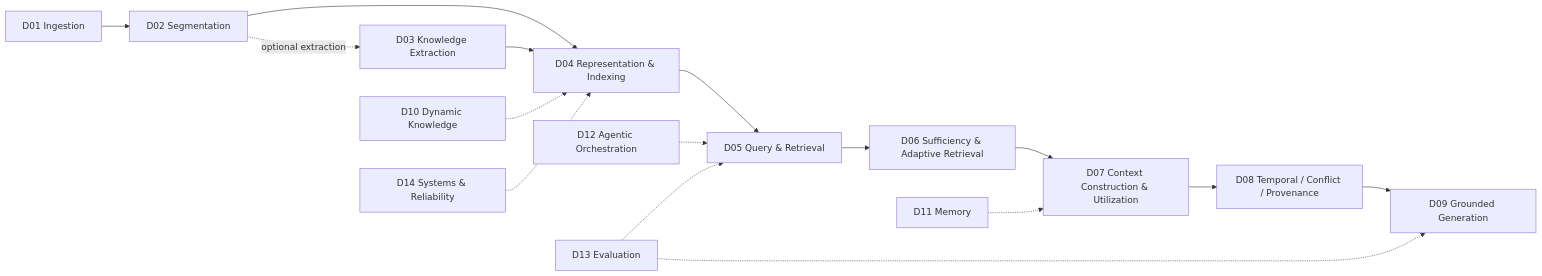
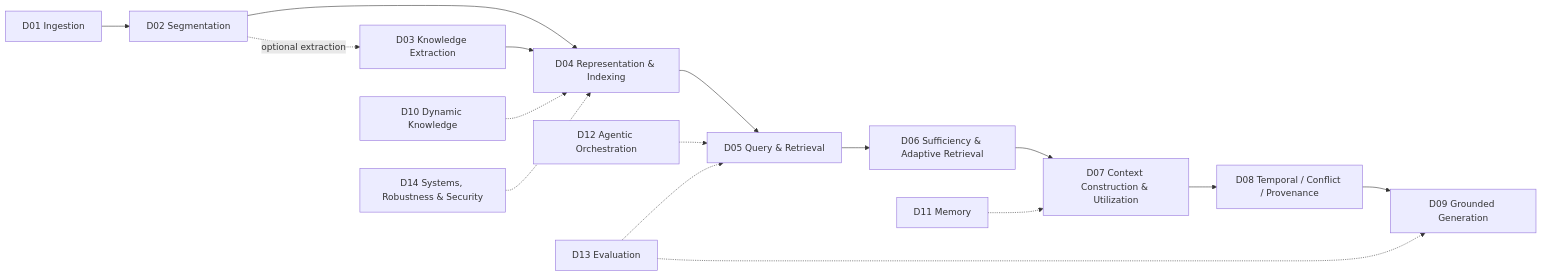
The diagram in README.md (Cycl0n3-ga/RAG-survey), drawn with Mermaid before and after one commit. The commit also changed other lines of this file, not shown here.

Commit message:
docs(readme): align D14 with current taxonomy

````diff
--- a/README.md
+++ b/README.md
@@ -20,19 +20,19 @@
 ```mermaid
 flowchart LR
     D01["D01 Ingestion"] --> D02["D02 Segmentation"]
     D02 --> D04["D04 Representation & Indexing"]
     D02 -. "optional extraction" .-> D03["D03 Knowledge Extraction"]
     D03 --> D04
     D04 --> D05["D05 Query & Retrieval"]
     D05 --> D06["D06 Sufficiency & Adaptive Retrieval"]
     D06 --> D07["D07 Context Construction & Utilization"]
     D07 --> D08["D08 Temporal / Conflict / Provenance"]
     D08 --> D09["D09 Grounded Generation"]
 
     D10["D10 Dynamic Knowledge"] -.-> D04
     D11["D11 Memory"] -.-> D07
     D12["D12 Agentic Orchestration"] -.-> D05
     D13["D13 Evaluation"] -.-> D05
     D13 -.-> D09
-    D14["D14 Systems & Reliability"] -.-> D04
+    D14["D14 Systems, Robustness & Security"] -.-> D04
 ```
````
